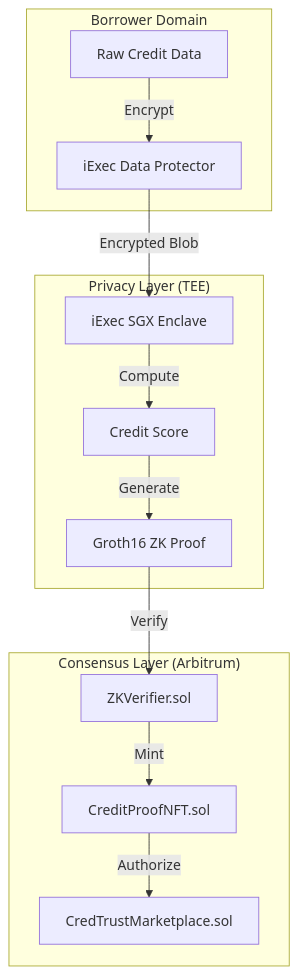
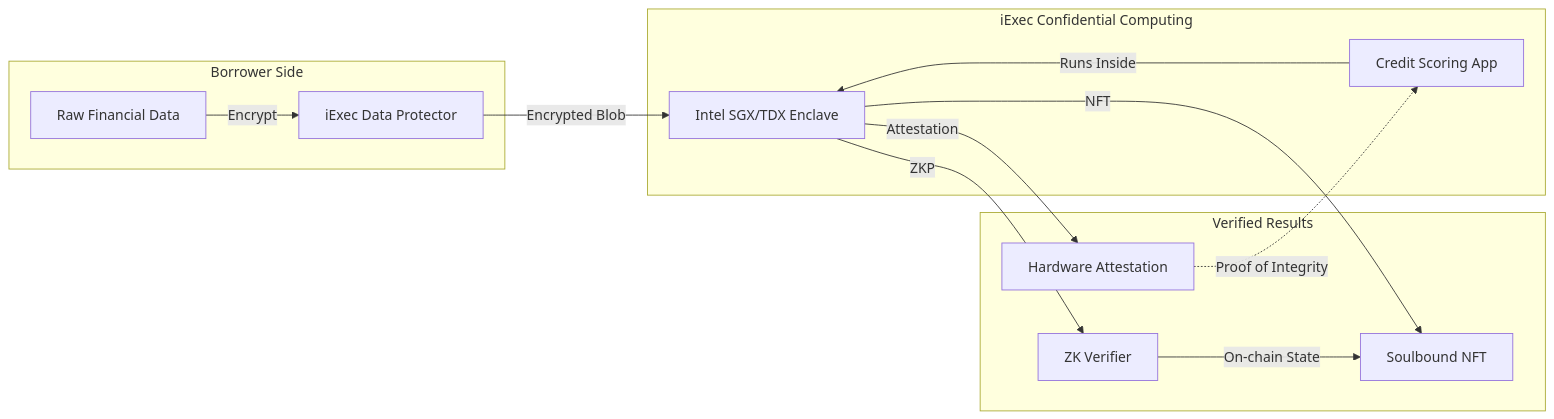
Before and after one commit to lucylow/credtrust-3: the second of 3 diagrams in README.md, drawn with Mermaid. The commit also changed other lines of this file and 79 other files, not shown here.

````diff
--- a/README.md
+++ b/README.md
@@ -72,18 +62,24 @@
 ```mermaid
-graph TD
-    subgraph "Borrower Domain"
-        Data[Raw Credit Data] -->|Encrypt| iExecDP[iExec Data Protector]
+flowchart LR
+    subgraph Client [Borrower Side]
+        Raw[Raw Financial Data]
+        DP[iExec Data Protector]
+        Raw -->|Encrypt| DP
     end
 
-    subgraph "Privacy Layer (TEE)"
-        iExecDP -->|Encrypted Blob| SGX[iExec SGX Enclave]
-        SGX -->|Compute| Score[Credit Score]
-        Score -->|Generate| ZKP[Groth16 ZK Proof]
+    subgraph IExec [iExec Confidential Computing]
+        Enclave[Intel SGX/TDX Enclave]
+        DP -->|Encrypted Blob| Enclave
+        App[Credit Scoring App]
+        App -->|Runs Inside| Enclave
     end
 
-    subgraph "Consensus Layer (Arbitrum)"
-        ZKP -->|Verify| ZKVer[ZKVerifier.sol]
-        ZKVer -->|Mint| SBNFT[CreditProofNFT.sol]
-        SBNFT -->|Authorize| Market[CredTrustMarketplace.sol]
+    subgraph Output [Verified Results]
+        Enclave -->|Attestation| Verify[Hardware Attestation]
+        Enclave -->|ZKP| ZKVer[ZK Verifier]
+        Enclave -->|NFT| SBNFT[Soulbound NFT]
     end
+
+    Verify -.->|Proof of Integrity| App
+    ZKVer -->|On-chain State| SBNFT
 ```
````
